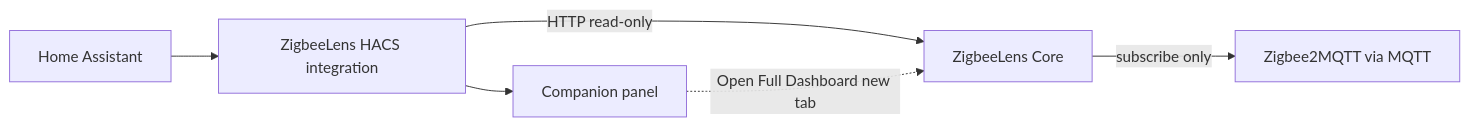
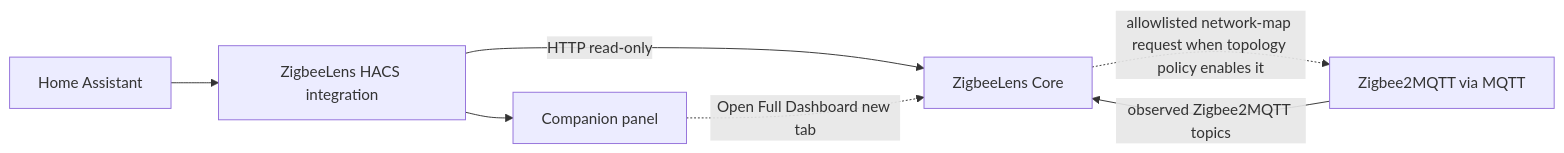
One commit to theaussiepom/zigbeelens changed the diagram in docs/hacs.md. Above: the diagram before and after it, drawn with Mermaid. The commit also changed other lines of this file and 2 other files, not shown here.

Commit message:
docs: align HACS and add-on companion safety wording
Replace control-surface phrasing, clarify MQTT observation vs allowlisted
topology publish, and restore accurate evidence-report format wording.

````diff
--- a/docs/hacs.md
+++ b/docs/hacs.md
@@ -93,14 +93,15 @@
 ```mermaid
 flowchart LR
   HA[Home Assistant]
   HACS[ZigbeeLens HACS integration]
   Panel[Companion panel]
   Core[ZigbeeLens Core]
   MQTT[Zigbee2MQTT via MQTT]
 
   HA --> HACS
   HACS --> Panel
   HACS -->|HTTP read-only| Core
   Panel -. Open Full Dashboard new tab .-> Core
-  Core -->|subscribe only| MQTT
+  MQTT -->|observed Zigbee2MQTT topics| Core
+  Core -. allowlisted network-map request when topology policy enables it .-> MQTT
 ```
````
